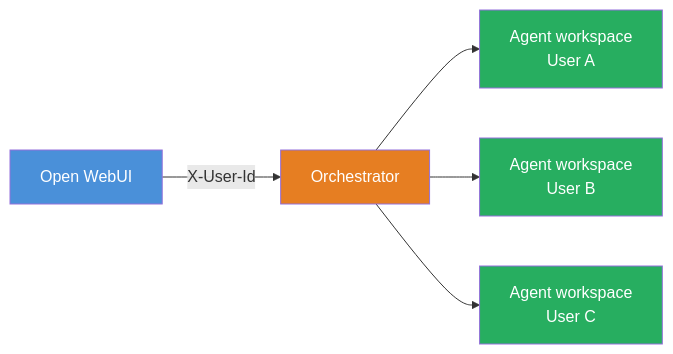
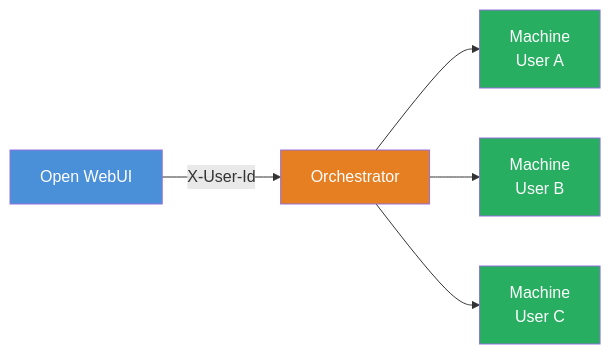
One commit to open-webui/docs changed the diagram in docs/features/open-terminal/terminals/index.mdx. Above: the diagram before and after it, drawn with Mermaid. The commit also changed other lines of this file and 53 other files, not shown here.

````diff
--- a/docs/features/open-terminal/terminals/index.mdx
+++ b/docs/features/open-terminal/terminals/index.mdx
@@ -26,15 +33,15 @@
 ```mermaid
 flowchart LR
     OW["Open WebUI"]
     OR["Orchestrator"]
     OW -->|X-User-Id| OR
-    OR --> TA["Agent workspace<br/>User A"]
-    OR --> TB["Agent workspace<br/>User B"]
-    OR --> TC["Agent workspace<br/>User C"]
+    OR --> TA["Machine<br/>User A"]
+    OR --> TB["Machine<br/>User B"]
+    OR --> TC["Machine<br/>User C"]
 
     style OW fill:#4a90d9,color:#fff
     style OR fill:#e67e22,color:#fff
     style TA fill:#27ae60,color:#fff
     style TB fill:#27ae60,color:#fff
     style TC fill:#27ae60,color:#fff
 ```
````
